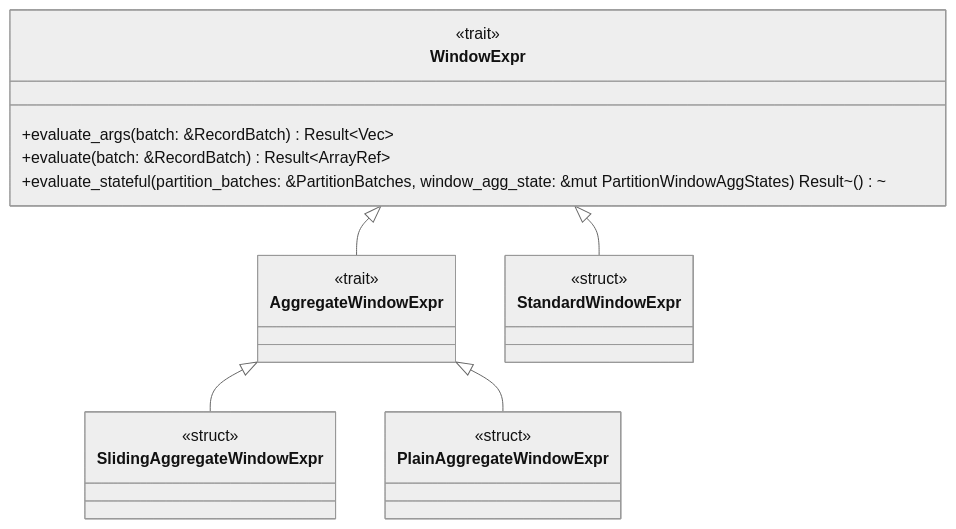
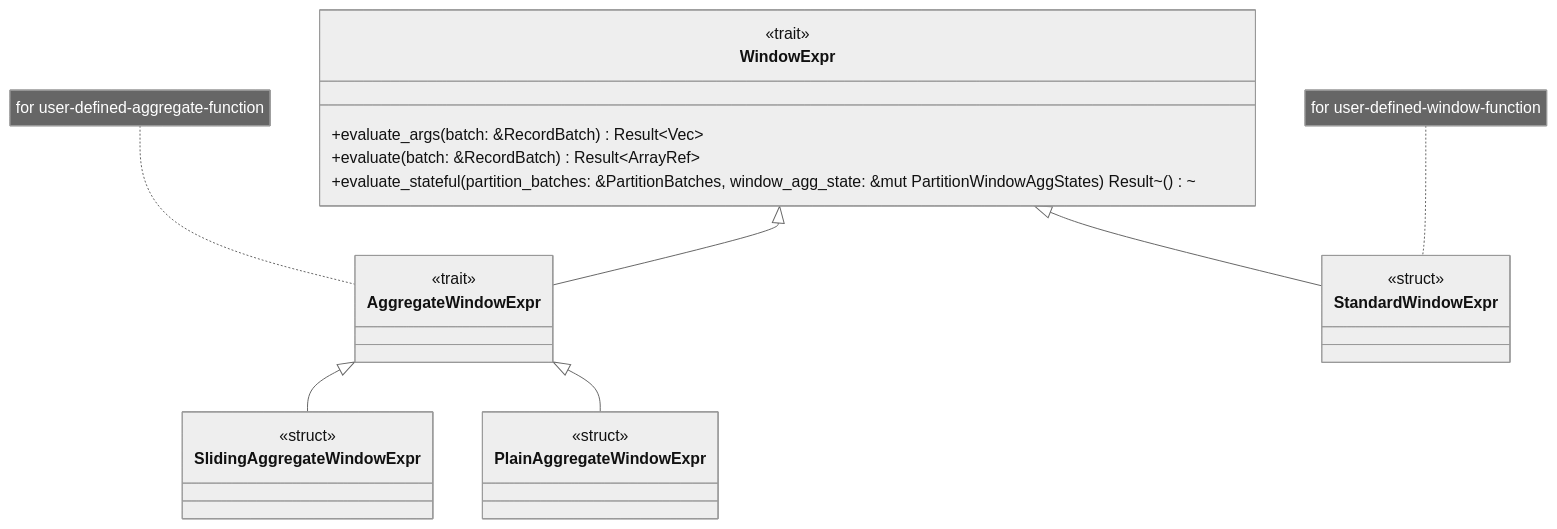
One commit to wangzaixiang/wangzaixiang.github.io changed the second of 2 diagrams in books/learning/src/datafusion/window_function.md. Above: the diagram before and after it, drawn with Mermaid (neutral theme). The commit also changed other lines of this file and 3 other files, not shown here.

````diff
--- a/books/learning/src/datafusion/window_function.md
+++ b/books/learning/src/datafusion/window_function.md
@@ -54,30 +106,32 @@
 ```mermaid
 classDiagram
     class WindowExpr {
         <<trait>>
         +evaluate_args(batch: &RecordBatch) Result~Vec<ArrayRef>~
         +evaluate(batch: &RecordBatch) Result~ArrayRef~
         +evaluate_stateful(partition_batches: &PartitionBatches, window_agg_state: &mut PartitionWindowAggStates) Result~()~
     }
 
+    note for AggregateWindowExpr "for user-defined-aggregate-function"
     class AggregateWindowExpr {
         <<trait>>
     }
 
+    note for StandardWindowExpr "for user-defined-window-function"
     class StandardWindowExpr {
             <<struct>>
     }
 
     class SlidingAggregateWindowExpr {
             <<struct>>
     }
 
     class PlainAggregateWindowExpr {
             <<struct>>
     }
 
     WindowExpr <|-- AggregateWindowExpr
     AggregateWindowExpr <|-- SlidingAggregateWindowExpr
     AggregateWindowExpr <|-- PlainAggregateWindowExpr
     WindowExpr <|-- StandardWindowExpr
 ```
````
